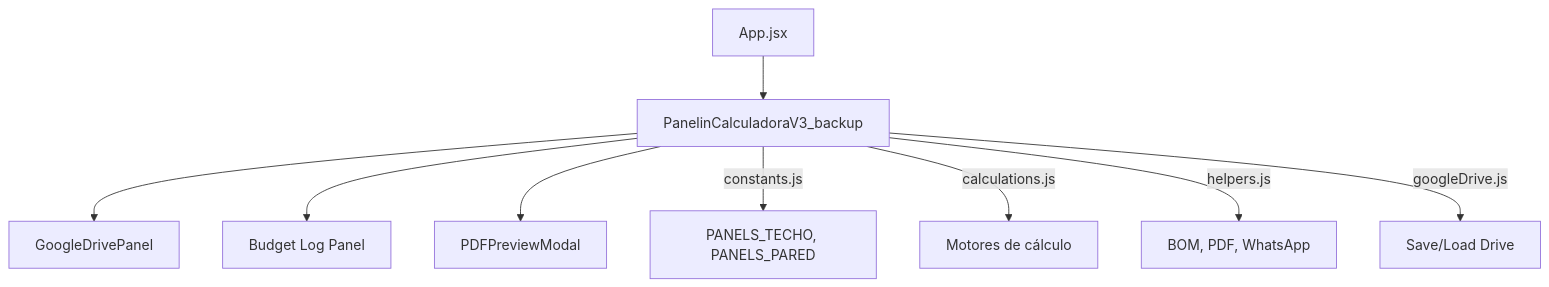
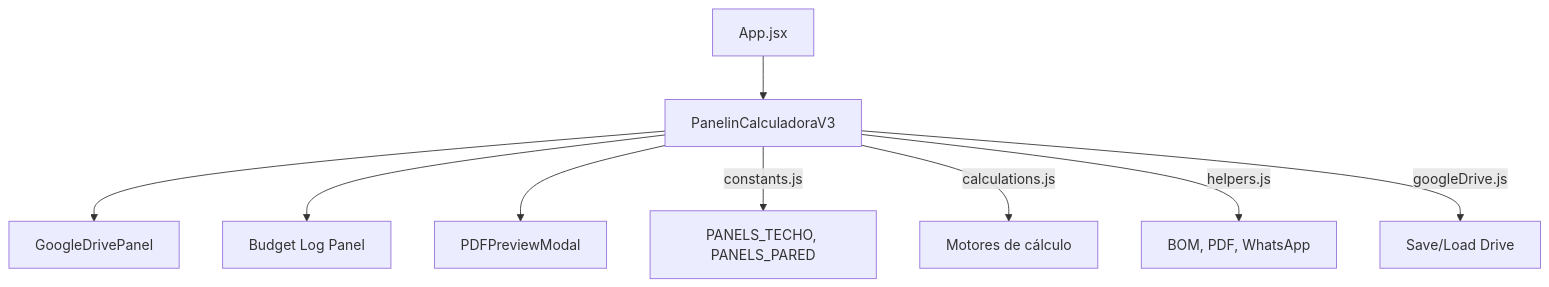
Before and after one commit to matiasportugau-ui/Calculadora-BMC: the fourth of 5 diagrams in docs/bmc-dashboard-modernization/DASHBOARD-VISUAL-MAP.md, drawn with Mermaid. The commit also changed other lines of this file and 52 other files, not shown here.

````diff
--- a/docs/bmc-dashboard-modernization/DASHBOARD-VISUAL-MAP.md
+++ b/docs/bmc-dashboard-modernization/DASHBOARD-VISUAL-MAP.md
@@ -135,18 +135,18 @@
 ```mermaid
 flowchart TB
     App[App.jsx]
-    Calc[PanelinCalculadoraV3_backup]
+    Calc[PanelinCalculadoraV3]
     Drive[GoogleDrivePanel]
     Log[Budget Log Panel]
     PDF[PDFPreviewModal]
 
     App --> Calc
     Calc --> Drive
     Calc --> Log
     Calc --> PDF
 
     Calc -->|constants.js| Precios[PANELS_TECHO, PANELS_PARED]
     Calc -->|calculations.js| Motor[Motores de cálculo]
     Calc -->|helpers.js| BOM[BOM, PDF, WhatsApp]
     Calc -->|googleDrive.js| GDrive[Save/Load Drive]
 ```
````
